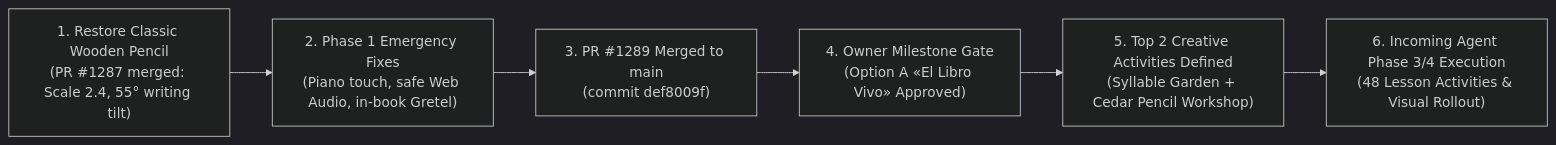
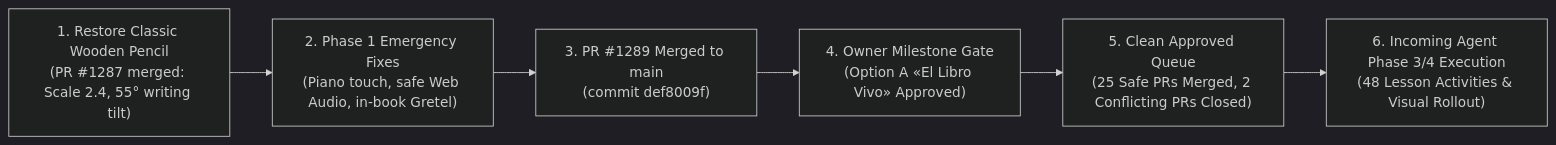
One commit to ejnburrows-rgb/cartilla-de-gretel changed the second of 2 diagrams in docs/OWNER-VISUAL-STATUS.md. Above: the diagram before and after it, drawn with Mermaid (dark theme). The commit also changed other lines of this file and 1 other file, not shown here.

Commit message:
docs: update OWNER-VISUAL-STATUS with 25 merged PRs and branch hygiene metrics (#1296)

````diff
--- a/docs/OWNER-VISUAL-STATUS.md
+++ b/docs/OWNER-VISUAL-STATUS.md
@@ -34,9 +34,9 @@
 ```mermaid
 flowchart LR
     PENCIL["1. Restore Classic Wooden Pencil<br/>(PR #1287 merged: Scale 2.4, 55° writing tilt)"] 
     --> REPAIRS["2. Phase 1 Emergency Fixes<br/>(Piano touch, safe Web Audio, in-book Gretel)"]
     --> MERGE1["3. PR #1289 Merged to main<br/>(commit def8009f)"]
     --> DECISION["4. Owner Milestone Gate<br/>(Option A «El Libro Vivo» Approved)"]
-    --> ACTIVITIES["5. Top 2 Creative Activities Defined<br/>(Syllable Garden + Cedar Pencil Workshop)"]
+    --> MERGE25["5. Clean Approved Queue<br/>(25 Safe PRs Merged, 2 Conflicting PRs Closed)"]
     --> NEXT["6. Incoming Agent Phase 3/4 Execution<br/>(48 Lesson Activities & Visual Rollout)"]
 ```
````
